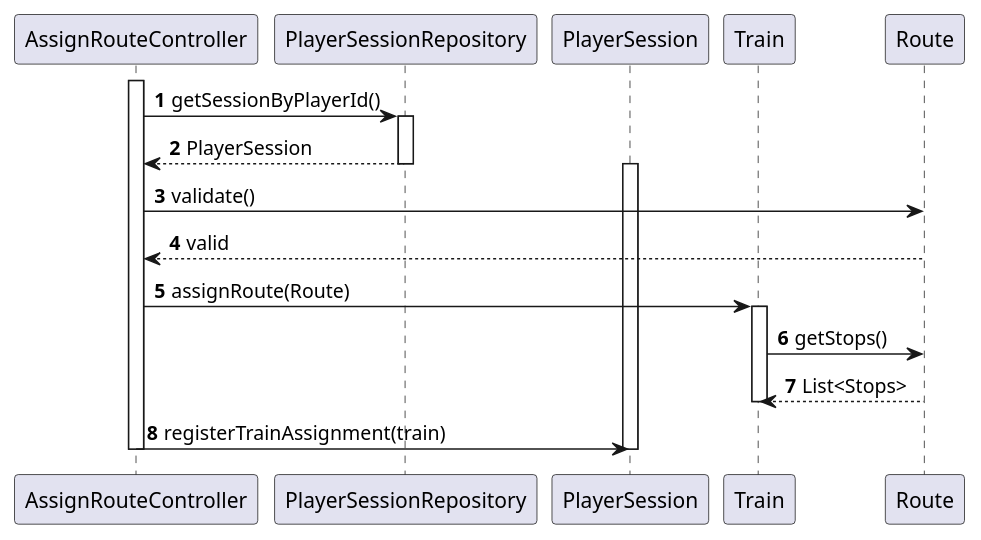
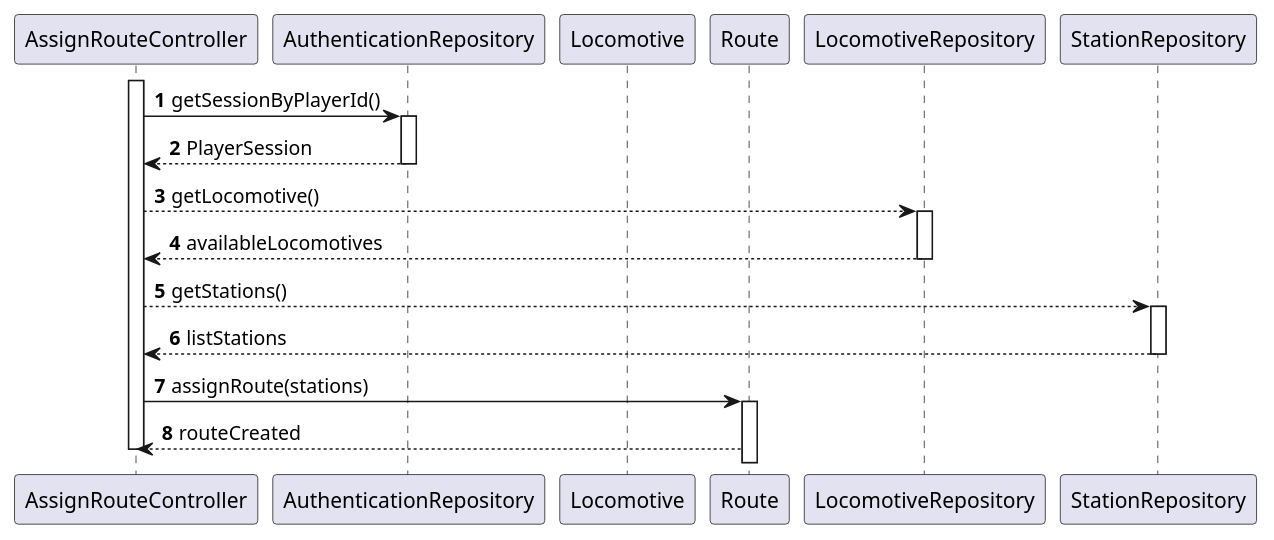
Before and after one commit to Andremonteiro1240850/railway_simulator: the diagram in docs/system-documentation/US10/03.design/puml/US010-SD-partial-confirm-route.puml, drawn with PlantUML. The commit also changed 22 other files, not shown here.

```diff
--- a/docs/system-documentation/US10/03.design/puml/US010-SD-partial-confirm-route.puml
+++ b/docs/system-documentation/US10/03.design/puml/US010-SD-partial-confirm-route.puml
@@ -1,28 +1,32 @@
 @startuml
 autonumber
 participant AssignRouteController
 activate AssignRouteController
-participant PlayerSessionRepository
-participant PlayerSession
-participant Train
+participant AuthenticationRepository
+
+participant Locomotive
 participant Route
+participant LocomotiveRepository
+participant StationRepository
 
-AssignRouteController -> PlayerSessionRepository : getSessionByPlayerId()
-activate PlayerSessionRepository
-PlayerSessionRepository --> AssignRouteController : PlayerSession
-deactivate PlayerSessionRepository
-activate PlayerSession
+AssignRouteController -> AuthenticationRepository : getSessionByPlayerId()
+activate AuthenticationRepository
+AuthenticationRepository --> AssignRouteController : PlayerSession
+deactivate AuthenticationRepository
+AssignRouteController --> LocomotiveRepository: getLocomotive()
+activate LocomotiveRepository
+LocomotiveRepository--> AssignRouteController: availableLocomotives
+deactivate LocomotiveRepository
+AssignRouteController --> StationRepository: getStations()
+activate StationRepository
+StationRepository --> AssignRouteController: listStations
+deactivate StationRepository
+AssignRouteController -> Route : assignRoute(stations)
+activate Route
+Route --> AssignRouteController: routeCreated
+deactivate Locomotive
 
-AssignRouteController -> Route : validate()
-Route --> AssignRouteController : valid
 
-AssignRouteController -> Train : assignRoute(Route)
-activate Train
-Train -> Route : getStops()
-Route --> Train : List<Stops>
-deactivate Train
 
-AssignRouteController -> PlayerSession : registerTrainAssignment(train)
-deactivate PlayerSession
 deactivate AssignRouteController
 @enduml
```
